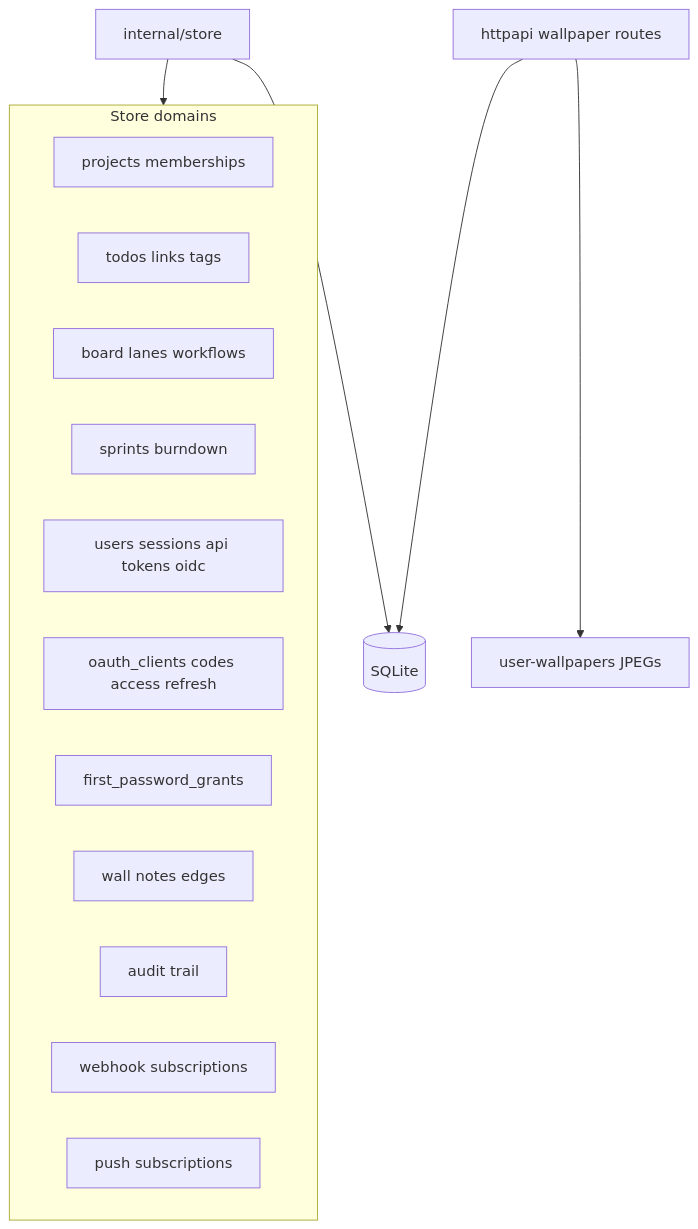
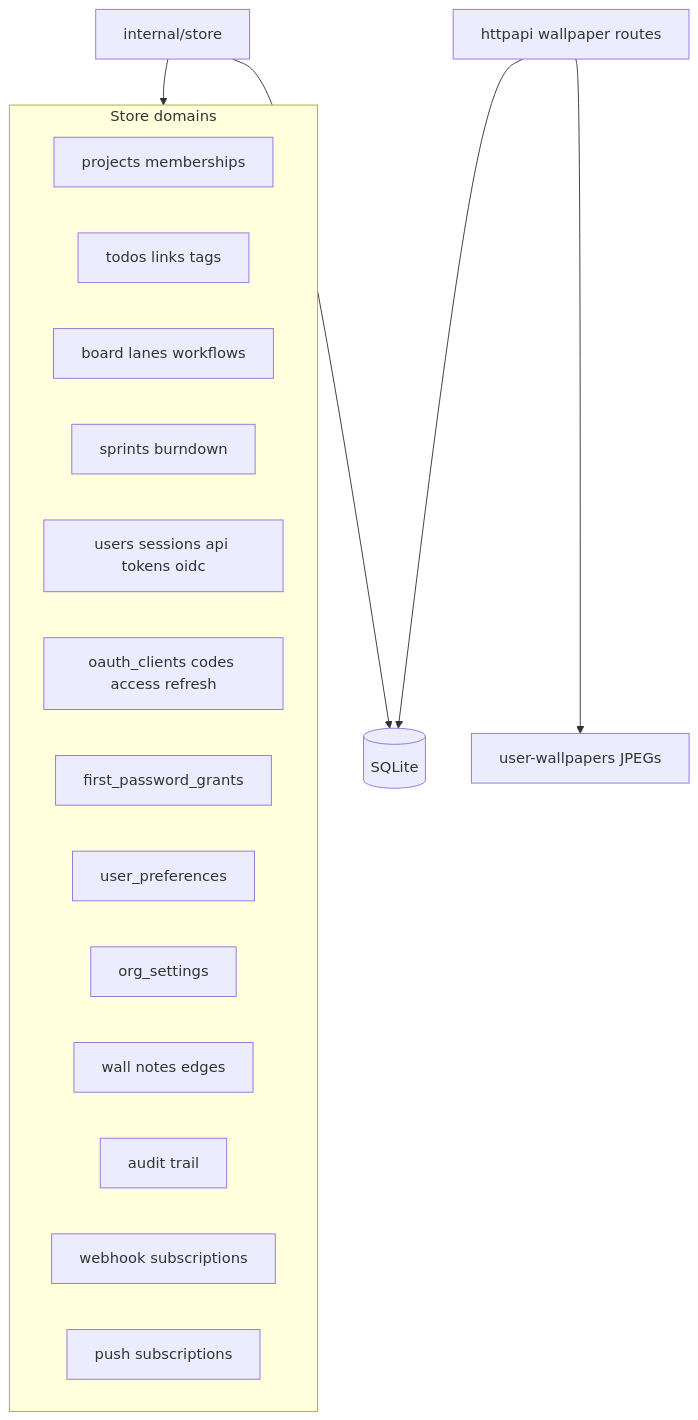
Before and after one commit to 1269/scrumboy: the first of 2 diagrams in docs/diagrams/scrumboy_data_model.md, drawn with Mermaid. The commit also changed other lines of this file and 1 other file, not shown here.

````diff
--- a/docs/diagrams/scrumboy_data_model.md
+++ b/docs/diagrams/scrumboy_data_model.md
@@ -5,26 +5,28 @@
 ```mermaid
 flowchart TB
   SQL[(SQLite)]
   Files["user-wallpapers JPEGs"]
   Store[internal/store]
   HTTP[httpapi wallpaper routes]
 
   subgraph domains [Store domains]
     Proj[projects memberships]
     Todo[todos links tags]
     Board[board lanes workflows]
     Sprint[sprints burndown]
     AuthDom[users sessions api tokens oidc]
     OAuthDom[oauth_clients codes access refresh]
     FirstPwd[first_password_grants]
+    Prefs[user_preferences]
+    OrgSet[org_settings]
     WallDom[wall notes edges]
     Audit[audit trail]
     WHook[webhook subscriptions]
     PushDom[push subscriptions]
   end
 
   Store --> SQL
   Store --> domains
   HTTP --> Files
   HTTP --> SQL
 ```
````
